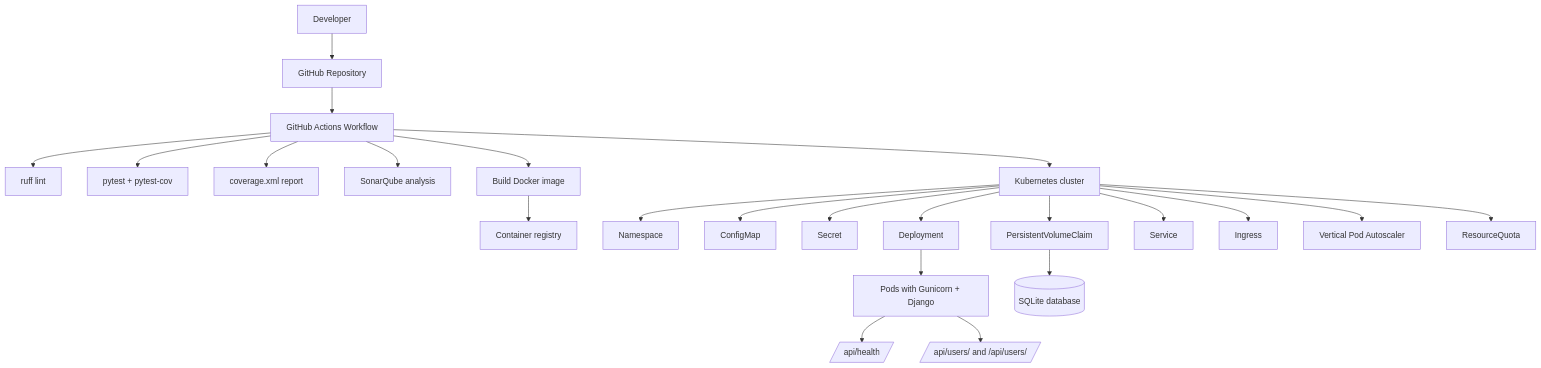
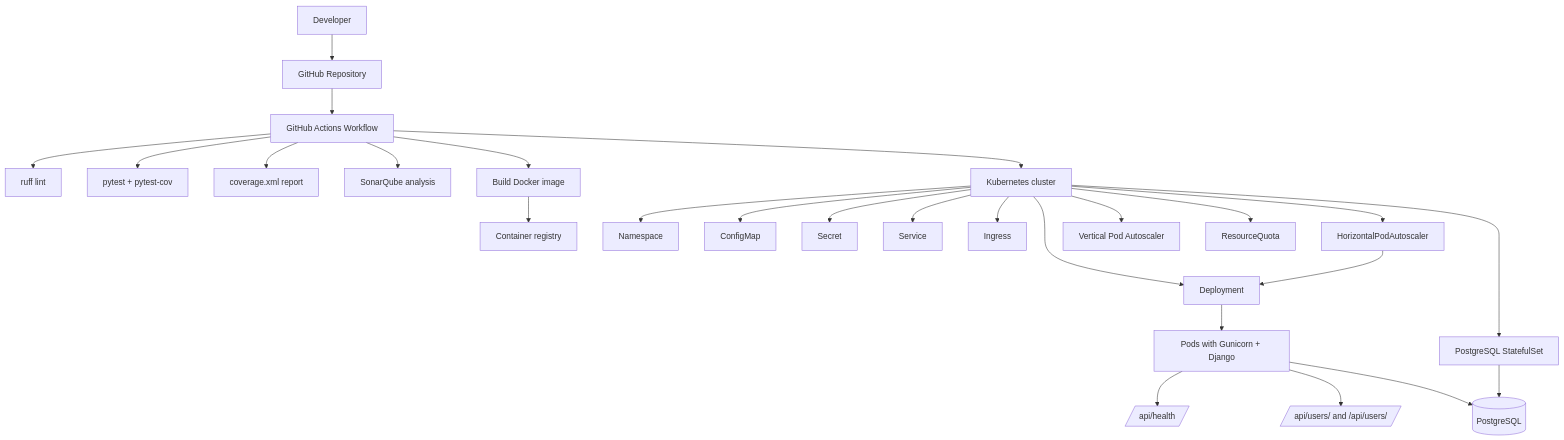
One commit to diego12-ui/demo-devops-python changed the diagram in README.md. Above: the diagram before and after it, drawn with Mermaid. The commit also changed other lines of this file and 18 other files, not shown here.

Commit message:
fixed: SQLite changed to PostgreSQL

````diff
--- a/README.md
+++ b/README.md
@@ -346,27 +363,30 @@
 ```mermaid
 flowchart TD
   Dev[Developer] --> GitHub[GitHub Repository]
   GitHub --> Actions[GitHub Actions Workflow]
   Actions --> Lint[ruff lint]
   Actions --> Tests[pytest + pytest-cov]
   Actions --> Coverage[coverage.xml report]
   Actions --> Sonar[SonarQube analysis]
   Actions --> Docker[Build Docker image]
   Docker --> Registry[Container registry]
   Actions --> K8s[Kubernetes cluster]
 
   K8s --> NS[Namespace]
   K8s --> CM[ConfigMap]
   K8s --> Secret[Secret]
-  K8s --> PVC[PersistentVolumeClaim]
   K8s --> Deploy[Deployment]
   K8s --> SVC[Service]
   K8s --> Ingress[Ingress]
+  K8s --> HPA[HorizontalPodAutoscaler]
   K8s --> VPA[Vertical Pod Autoscaler]
   K8s --> RQ[ResourceQuota]
+  K8s --> PG[PostgreSQL StatefulSet]
 
+  HPA --> Deploy
   Deploy --> Pods[Pods with Gunicorn + Django]
   Pods --> Health[/api/health/]
   Pods --> API[/api/users/ and /api/users/<id>/]
-  PVC --> DB[(SQLite database)]
+  Pods --> DB[(PostgreSQL)]
+  PG --> DB
 ```
````
